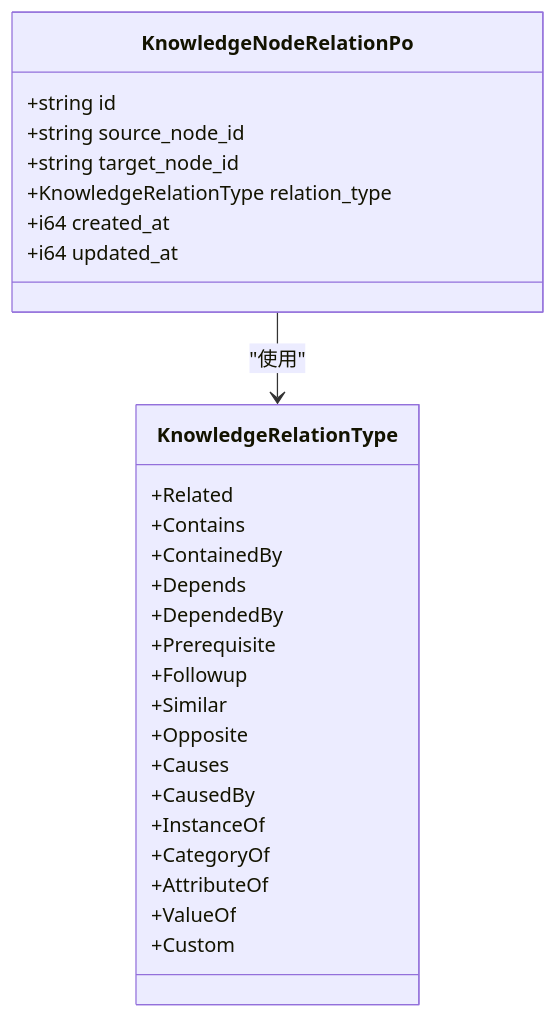
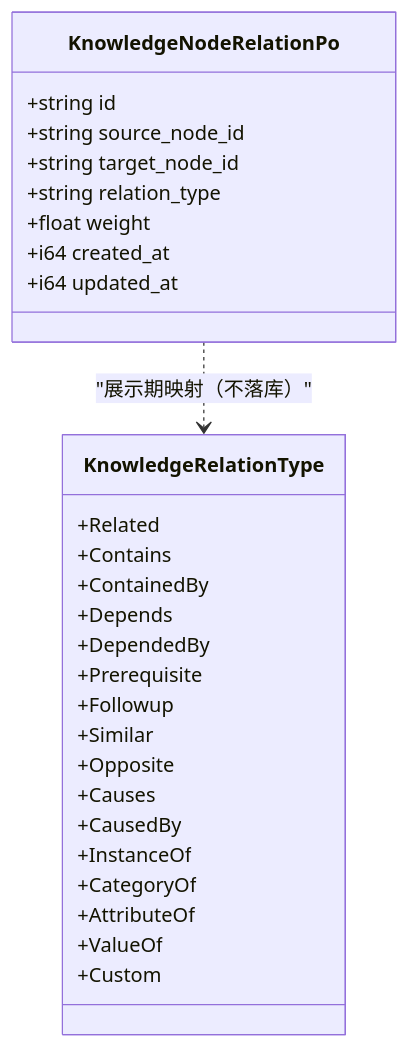
Before and after one commit to runningcoders/ai_orz: the third of 7 diagrams in docs/wiki/zh/content/项目概述/核心功能特性/四层记忆系统/长期记忆 (Long-term Memory)/知识关系管理.md, drawn with Mermaid. The commit also changed other lines of this file and 28 other files, not shown here.

````diff
--- a/docs/wiki/zh/content/项目概述/核心功能特性/四层记忆系统/长期记忆 (Long-term Memory)/知识关系管理.md
+++ b/docs/wiki/zh/content/项目概述/核心功能特性/四层记忆系统/长期记忆 (Long-term Memory)/知识关系管理.md
@@ -128,30 +128,31 @@
 ```mermaid
 classDiagram
 class KnowledgeRelationType {
 +Related
 +Contains
 +ContainedBy
 +Depends
 +DependedBy
 +Prerequisite
 +Followup
 +Similar
 +Opposite
 +Causes
 +CausedBy
 +InstanceOf
 +CategoryOf
 +AttributeOf
 +ValueOf
 +Custom
 }
 class KnowledgeNodeRelationPo {
 +string id
 +string source_node_id
 +string target_node_id
-+KnowledgeRelationType relation_type
++string relation_type
++float weight
 +i64 created_at
 +i64 updated_at
 }
-KnowledgeNodeRelationPo --> KnowledgeRelationType : "使用"
+KnowledgeNodeRelationPo ..> KnowledgeRelationType : "展示期映射（不落库）"
 ```
````
